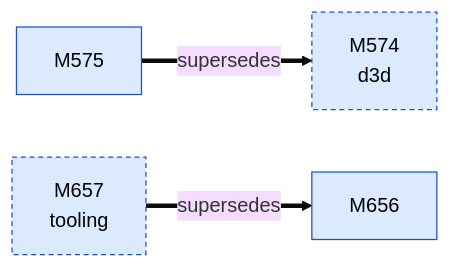
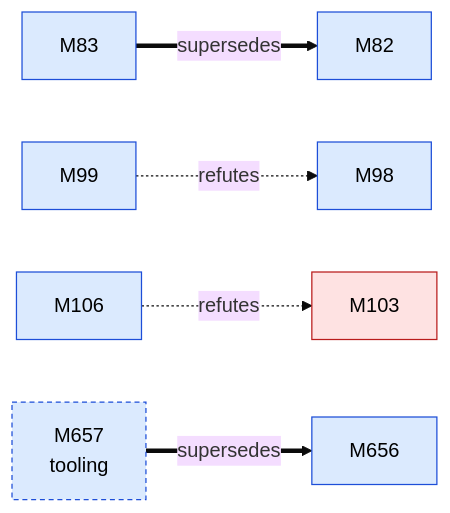
Before and after one commit to D-Ogi/amdgpu-wddm: the first of 3 diagrams in docs/facts/graphs/display.md, drawn with Mermaid (base theme). The commit also changed other lines of this file and 27 other files, not shown here.

````diff
--- a/docs/facts/graphs/display.md
+++ b/docs/facts/graphs/display.md
@@ -11,15 +11,21 @@
 ```mermaid
 flowchart LR
-  M574["M574<br/>d3d"]:::MEASURED
-  M575["M575"]:::MEASURED
+  M82["M82"]:::MEASURED
+  M83["M83"]:::MEASURED
+  M98["M98"]:::MEASURED
+  M99["M99"]:::MEASURED
+  M103["M103"]:::REFUTED
+  M106["M106"]:::MEASURED
   M656["M656"]:::MEASURED
   M657["M657<br/>tooling"]:::MEASURED
-  M575 ==>|supersedes| M574
+  M83 ==>|supersedes| M82
+  M99 -.->|refutes| M98
+  M106 -.->|refutes| M103
   M657 ==>|supersedes| M656
   classDef HYPOTHESIS fill:#fff3c4,stroke:#9a7b00,color:#000
   classDef MEASURED fill:#dbeafe,stroke:#1d4ed8,color:#000
   classDef CONFIRMED fill:#d1fae5,stroke:#047857,color:#000
   classDef REFUTED fill:#fee2e2,stroke:#b91c1c,color:#000
   classDef other stroke-dasharray:4 3
-  class M574,M657 other
+  class M657 other
 ```
````
